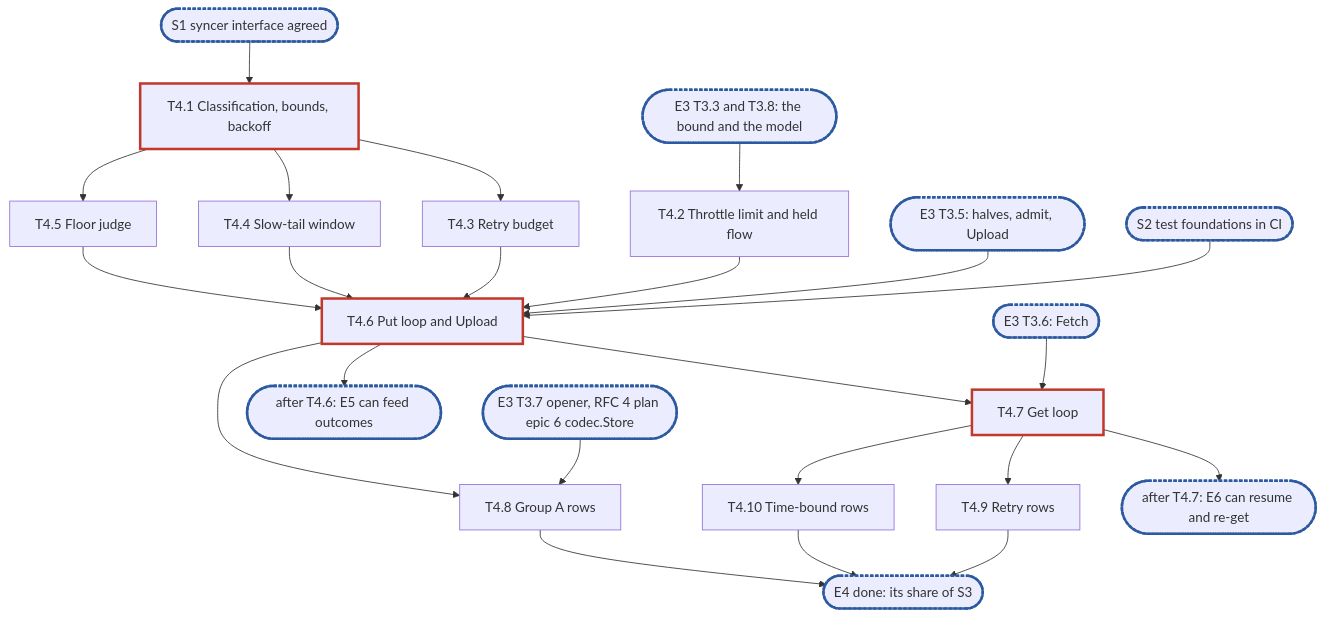
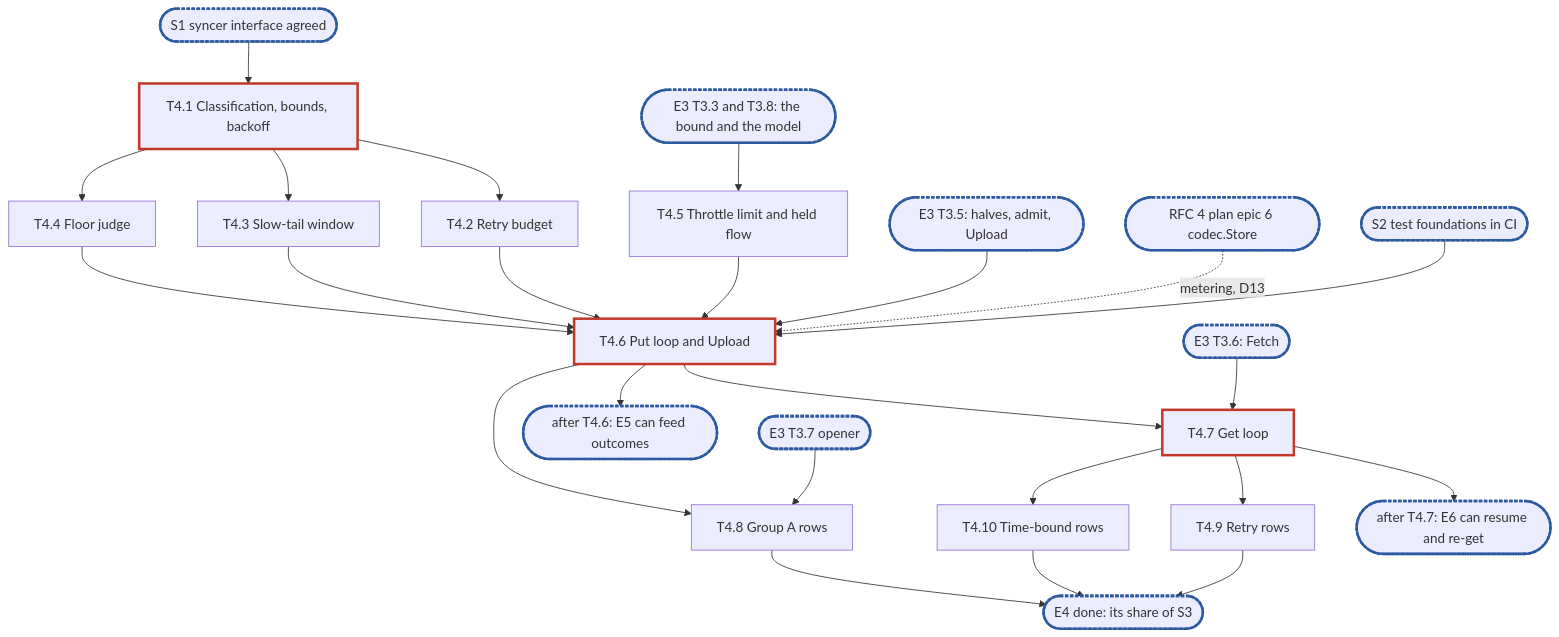
The diagram in .planning/rfc-3-syncer-epic4.md (cubbit/dittofs), drawn with Mermaid before and after one commit. The commit also changed other lines of this file, not shown here.

Commit message:
docs(planning): RFC 3 epic 4, fold the review passes

````diff
--- a/.planning/rfc-3-syncer-epic4.md
+++ b/.planning/rfc-3-syncer-epic4.md
@@ -701,22 +735,23 @@
 ```mermaid
 flowchart TD
   S1(["S1 syncer interface agreed"]):::sync --> T4_1["T4.1 Classification, bounds, backoff"]:::blocker
-  C33(["E3 T3.3 and T3.8: the bound and the model"]):::sync --> T4_2["T4.2 Throttle limit and held flow"]
-  T4_1 --> T4_3["T4.3 Retry budget"]
-  T4_1 --> T4_4["T4.4 Slow-tail window"]
-  T4_1 --> T4_5["T4.5 Floor judge"]
+  C33(["E3 T3.3 and T3.8: the bound and the model"]):::sync --> T4_5["T4.5 Throttle limit and held flow"]
+  T4_1 --> T4_2["T4.2 Retry budget"]
+  T4_1 --> T4_3["T4.3 Slow-tail window"]
+  T4_1 --> T4_4["T4.4 Floor judge"]
   C35(["E3 T3.5: halves, admit, Upload"]):::sync --> T4_6
+  C6(["RFC 4 plan epic 6 codec.Store"]):::sync -. "metering, D13" .-> T4_6
   S2(["S2 test foundations in CI"]):::sync --> T4_6
   T4_2 & T4_3 & T4_4 & T4_5 --> T4_6["T4.6 Put loop and Upload"]:::blocker
   C36(["E3 T3.6: Fetch"]):::sync --> T4_7
   T4_6 --> T4_7["T4.7 Get loop"]:::blocker
   T4_6 --> K1(["after T4.6: E5 can feed outcomes"]):::sync
-  C37(["E3 T3.7 opener, RFC 4 plan epic 6 codec.Store"]):::sync --> T4_8
+  C37(["E3 T3.7 opener"]):::sync --> T4_8
   T4_6 --> T4_8["T4.8 Group A rows"]
   T4_7 --> K2(["after T4.7: E6 can resume and re-get"]):::sync
   T4_7 --> T4_9["T4.9 Retry rows"]
   T4_7 --> T4_10["T4.10 Time-bound rows"]
   T4_8 & T4_9 & T4_10 --> K3(["E4 done: its share of S3"]):::sync
   classDef blocker stroke:#c0392b,stroke-width:3px
   classDef sync stroke:#2c5aa0,stroke-width:3px,stroke-dasharray:4 2
 ```
````
